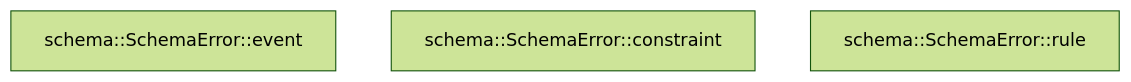
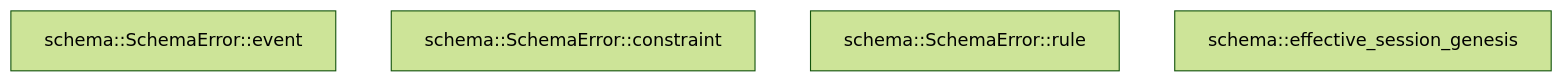
One commit to TekesApps/TekesKernel changed the diagram in crates/schema/docs/generated/src--lib.md. Above: the diagram before and after it, drawn with Mermaid (forest theme). The commit also changed other lines of this file and 84 other files, not shown here.

````diff
--- a/crates/schema/docs/generated/src--lib.md
+++ b/crates/schema/docs/generated/src--lib.md
@@ -56,6 +58,7 @@
 ```mermaid
 flowchart TD
   n0["schema::SchemaError::event"]
   n1["schema::SchemaError::constraint"]
   n2["schema::SchemaError::rule"]
+  n3["schema::effective_session_genesis"]
 ```
````
